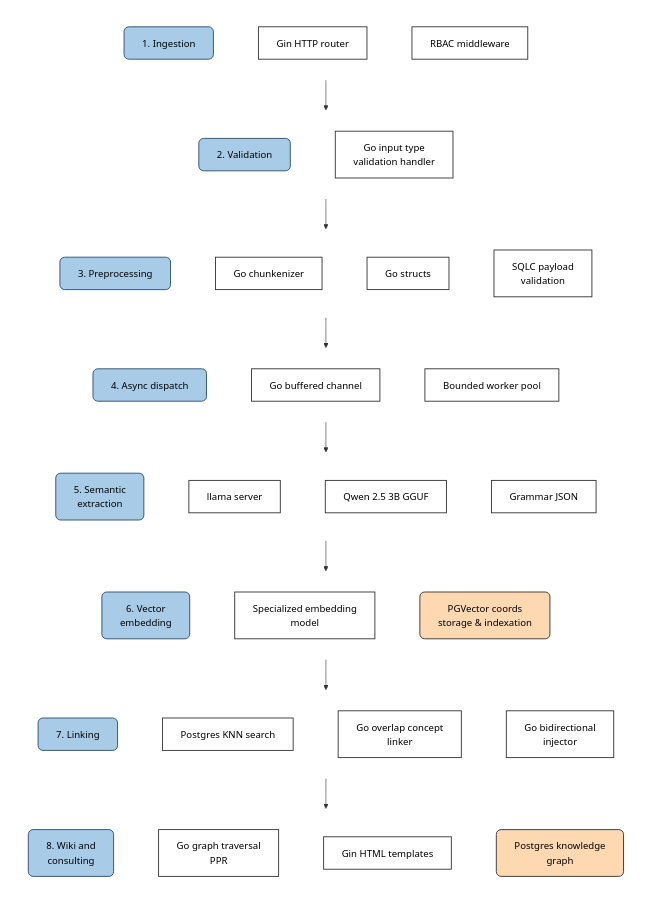
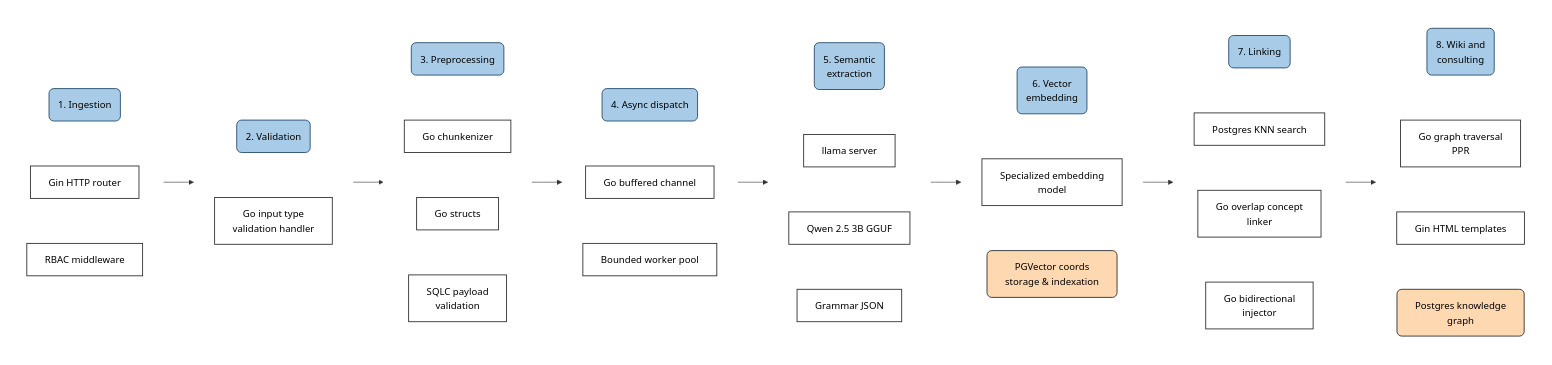
The first of 2 diagrams in README.md (angelemmavelasco/thinker), drawn with Mermaid before and after one commit. The commit also changed other lines of this file and 1 other file, not shown here.

````diff
--- a/README.md
+++ b/README.md
@@ -54,26 +39,26 @@
 ```mermaid
-flowchart TD
+flowchart LR
 
     P1 --> P2 --> P3 --> P4 --> P5 --> P6 --> P7 --> P8
 
     subgraph Col1 [" "]
-        direction LR
-        P1["1. Ingestion"]
+        direction TB
+        P1("1. Ingestion")
         C1_1["Gin HTTP router"]
         C1_2["RBAC middleware"]
         P1 ~~~ C1_1 ~~~ C1_2
     end
 
     subgraph Col2 [" "]
-        direction LR
-        P2["2. Validation"]
+        direction TB
+        P2("2. Validation")
         C2_1["Go input type<br/>validation handler"]
         P2 ~~~ C2_1
     end
 
     subgraph Col3 [" "]
-        direction LR
-        P3["3. Preprocessing"]
+        direction TB
+        P3("3. Preprocessing")
         C3_1["Go chunkenizer"]
         C3_2["Go structs"]
         C3_3["SQLC payload<br/>validation"]
@@ -81,16 +66,16 @@
     end
 
     subgraph Col4 [" "]
-        direction LR
-        P4["4. Async dispatch"]
+        direction TB
+        P4("4. Async dispatch")
         C4_1["Go buffered channel"]
         C4_2["Bounded worker pool"]
         P4 ~~~ C4_1 ~~~ C4_2
     end
 
     subgraph Col5 [" "]
-        direction LR
-        P5["5. Semantic<br/>extraction"]
+        direction TB
+        P5("5. Semantic<br/>extraction")
         C5_1["llama server"]
         C5_2["Qwen 2.5 3B GGUF"]
         C5_3["Grammar JSON"]
@@ -98,16 +83,16 @@
     end
 
     subgraph Col6 [" "]
-        direction LR
-        P6["6. Vector<br/>embedding"]
+        direction TB
+        P6("6. Vector<br/>embedding")
         C6_1["Specialized embedding<br/>model"]
         T6["PGVector coords<br/>storage & indexation"]
         P6 ~~~ C6_1 ~~~ T6
     end
 
     subgraph Col7 [" "]
-        direction LR
-        P7["7. Linking"]
+        direction TB
+        P7("7. Linking")
         C7_1["Postgres KNN search"]
         C7_2["Go overlap concept<br/>linker"]
         C7_3["Go bidirectional<br/>injector"]
@@ -115,8 +100,8 @@
     end
 
     subgraph Col8 [" "]
-        direction LR
-        P8["8. Wiki and<br/>consulting"]
+        direction TB
+        P8("8. Wiki and<br/>consulting")
         C8_1["Go graph traversal<br/>PPR"]
         C8_2["Gin HTML templates"]
         T8["Postgres knowledge<br/>graph"]
````
